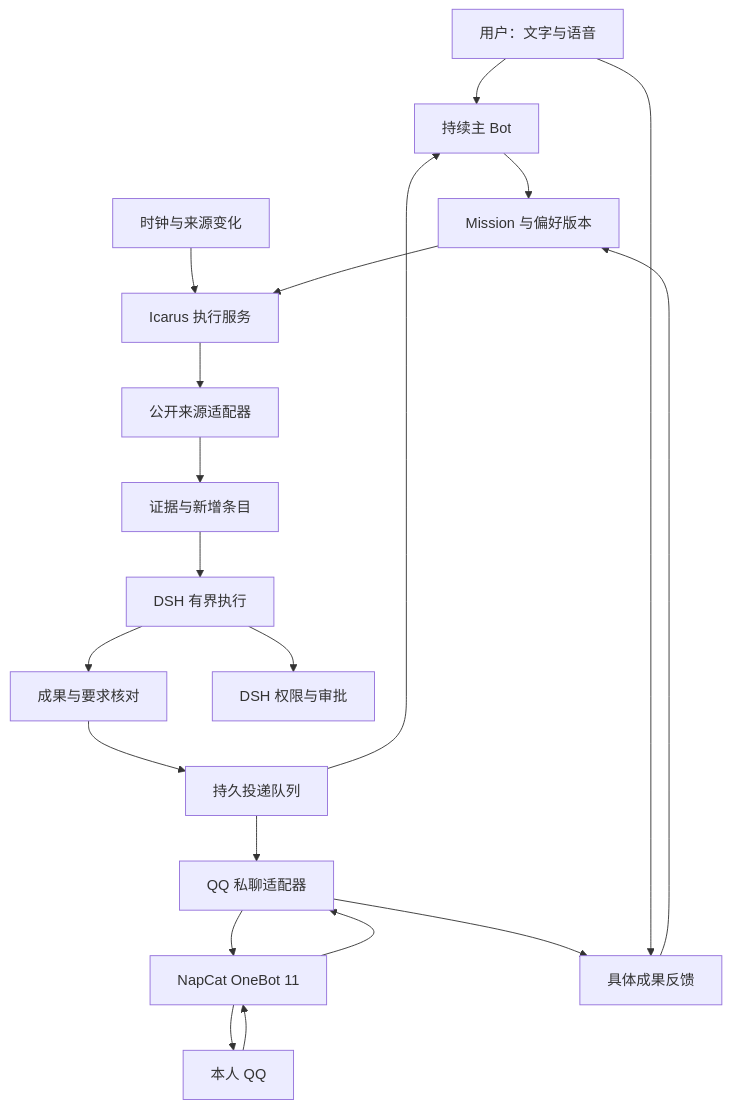
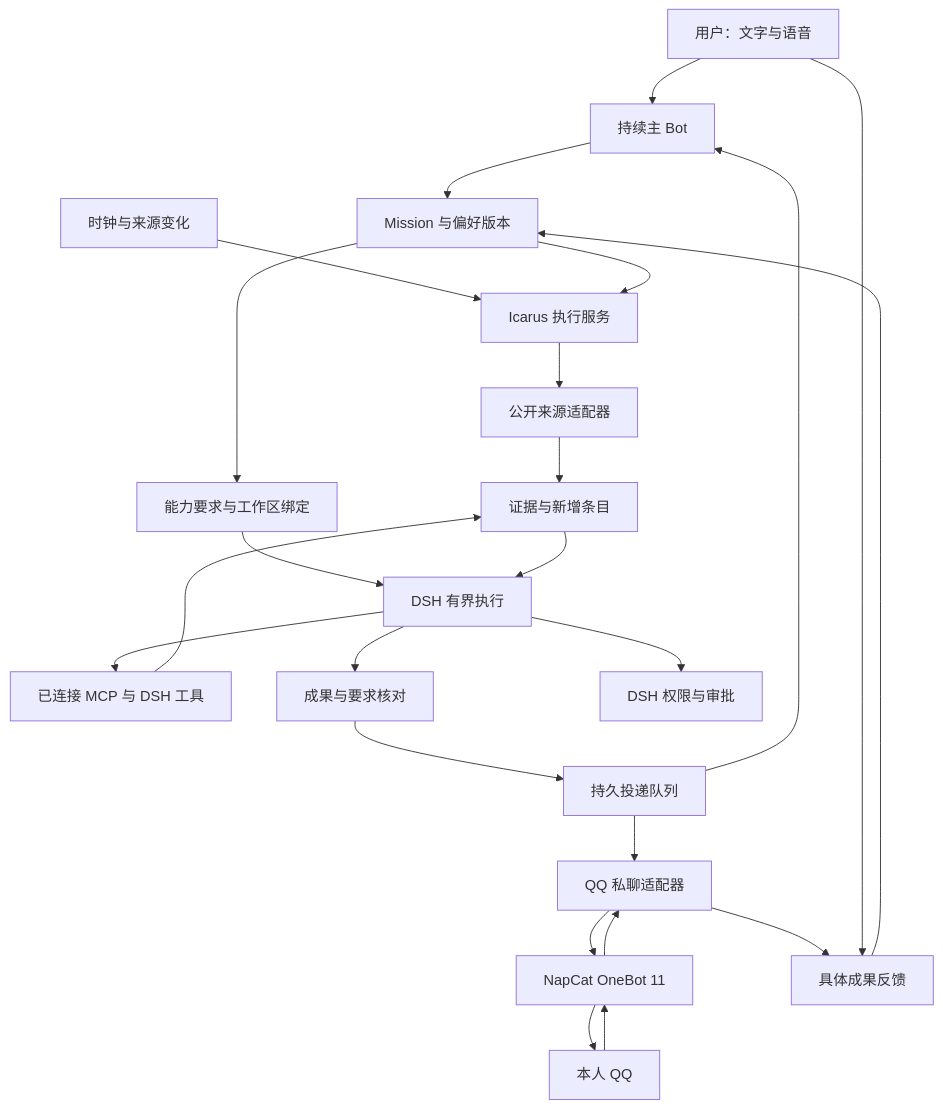
One commit to Jonah-Wu23/dsh-icarus changed the diagram in docs/PRD.md. Above: the diagram before and after it, drawn with Mermaid. The commit also changed other lines of this file and 45 other files, not shown here.

````diff
--- a/docs/PRD.md
+++ b/docs/PRD.md
@@ -144,22 +180,26 @@
 ```mermaid
 flowchart TD
     U[用户：文字与语音] --> B[持续主 Bot]
     B --> M[Mission 与偏好版本]
     T[时钟与来源变化] --> R[Icarus 执行服务]
     M --> R
     R --> S[公开来源适配器]
+    M --> X[能力要求与工作区绑定]
+    X --> A
     S --> E[证据与新增条目]
     E --> A[DSH 有界执行]
+    A --> T1[已连接 MCP 与 DSH 工具]
+    T1 --> E
     A --> C[成果与要求核对]
     C --> O[持久投递队列]
     O --> B
     O --> P[QQ 私聊适配器]
     P --> N[NapCat OneBot 11]
     N --> Q[本人 QQ]
     Q --> N
     N --> P
     P --> F
     U --> F[具体成果反馈]
     F --> M
     A --> G[DSH 权限与审批]
 ```
````
